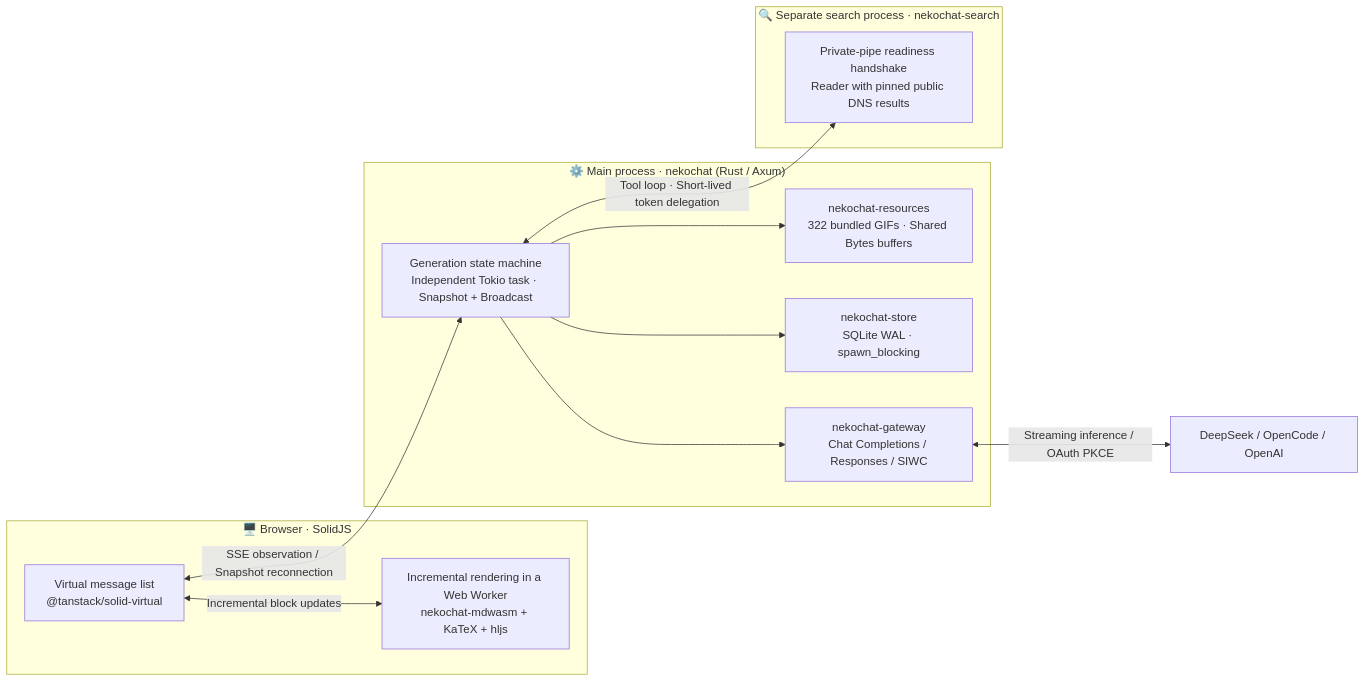
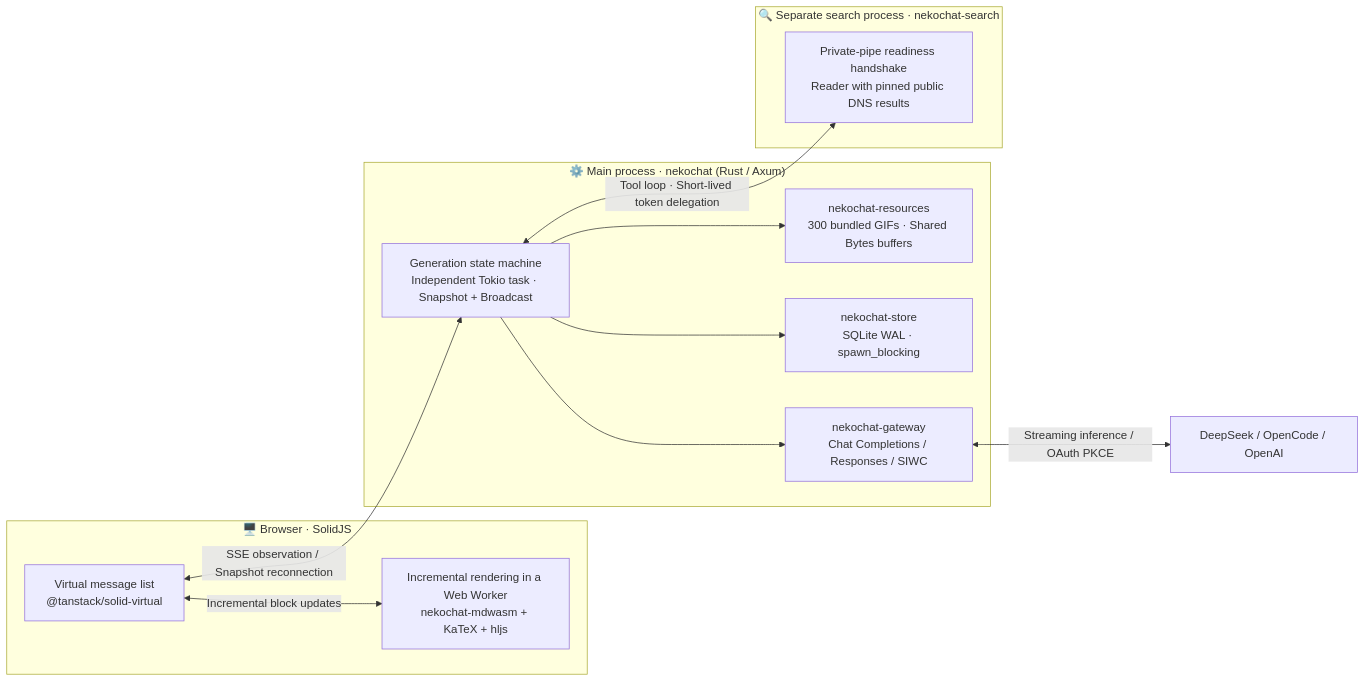
The diagram in README.en.md (xyt-dev/nekochat), drawn with Mermaid before and after one commit. The commit also changed other lines of this file and 48 other files, not shown here.

Commit message:
feat: make palettes component scoped and showcase graphics

````diff
--- a/README.en.md
+++ b/README.en.md
@@ -78,26 +97,26 @@
 ```mermaid
 flowchart LR
   subgraph Browser["🖥️ Browser · SolidJS"]
     UI["Virtual message list<br/>@tanstack/solid-virtual"]
     Worker["Incremental rendering in a Web Worker<br/>nekochat-mdwasm + KaTeX + hljs"]
     UI <-->|"Incremental block updates"| Worker
   end
 
   subgraph Server["⚙️ Main process · nekochat (Rust / Axum)"]
     Gen["Generation state machine<br/>Independent Tokio task · Snapshot + Broadcast"]
-    Res["nekochat-resources<br/>322 bundled GIFs · Shared Bytes buffers"]
+    Res["nekochat-resources<br/>300 bundled GIFs · Shared Bytes buffers"]
     Store["nekochat-store<br/>SQLite WAL · spawn_blocking"]
     Gw["nekochat-gateway<br/>Chat Completions / Responses / SIWC"]
     Gen --> Res
     Gen --> Store
     Gen --> Gw
   end
 
   subgraph Search["🔍 Separate search process · nekochat-search"]
     SProc["Private-pipe readiness handshake<br/>Reader with pinned public DNS results"]
   end
 
   UI <-->|"SSE observation / Snapshot reconnection"| Gen
   Gen <-->|"Tool loop · Short-lived token delegation"| SProc
   Gw <-->|"Streaming inference / OAuth PKCE"| Upstream["DeepSeek / OpenCode / OpenAI"]
 ```
````
